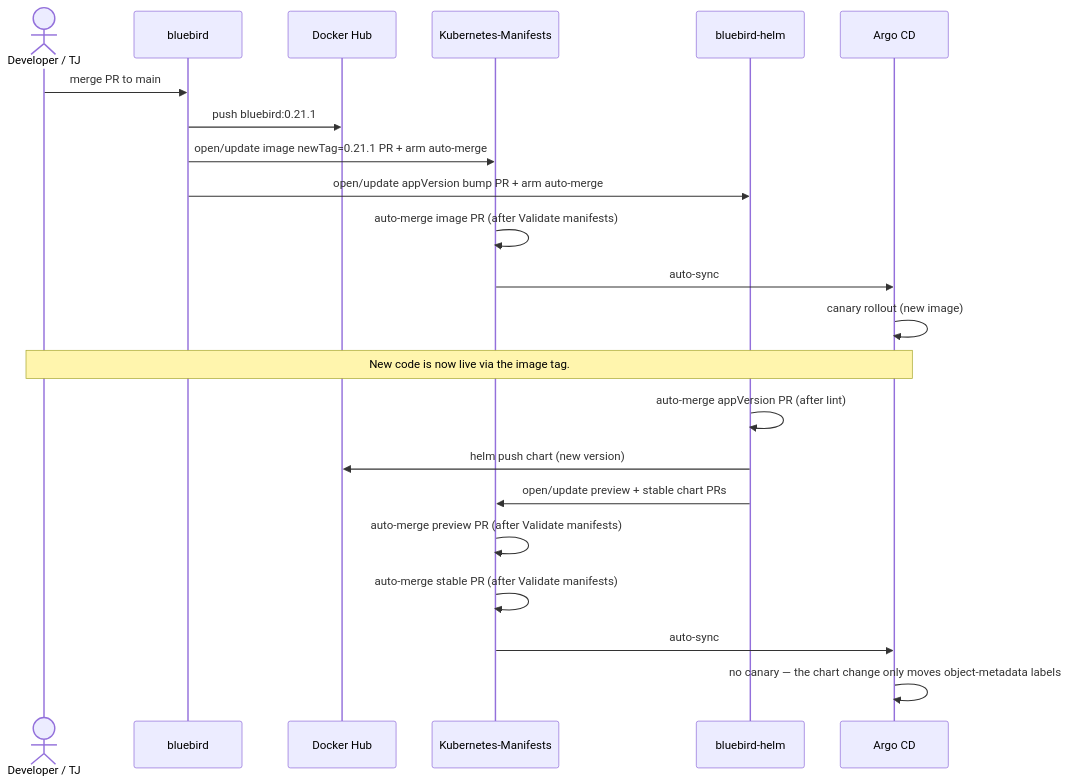
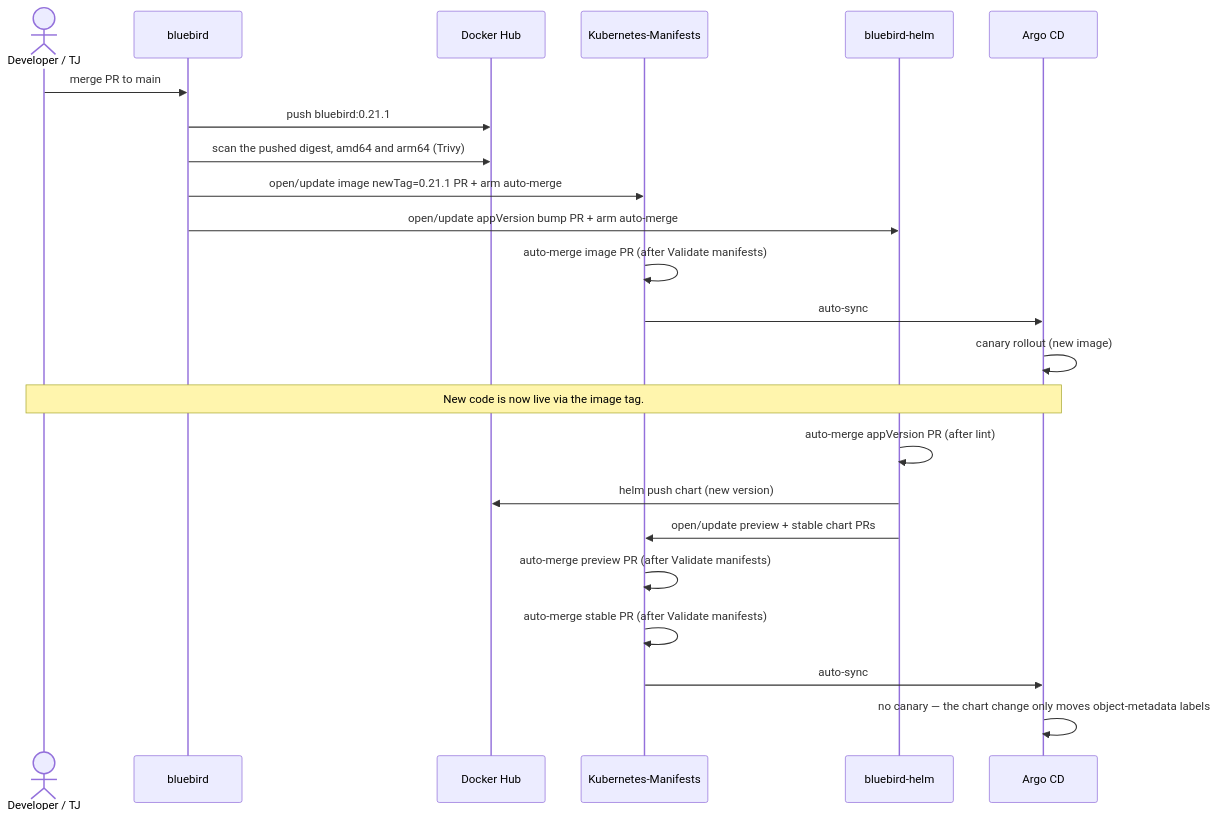
The sixth of 6 diagrams in docs/CICD.md (zimmertr/bluebird), drawn with Mermaid before and after one commit. The commit also changed other lines of this file and 8 other files, not shown here.

First line of the commit message:
ci: scan the pushed release image for both platforms before production moves (#654)

````diff
--- a/docs/CICD.md
+++ b/docs/CICD.md
@@ -1314,25 +1402,26 @@
 ```mermaid
 sequenceDiagram
     actor Dev as Developer / TJ
     participant BB as bluebird
     participant DH as Docker Hub
     participant KM as Kubernetes-Manifests
     participant HELM as bluebird-helm
     participant ARGO as Argo CD
 
     Dev->>BB: merge PR to main
     BB->>DH: push bluebird:0.21.1
+    BB->>DH: scan the pushed digest, amd64 and arm64 (Trivy)
     BB->>KM: open/update image newTag=0.21.1 PR + arm auto-merge
     BB->>HELM: open/update appVersion bump PR + arm auto-merge
     KM->>KM: auto-merge image PR (after Validate manifests)
     KM->>ARGO: auto-sync
     ARGO->>ARGO: canary rollout (new image)
     Note over Dev,ARGO: New code is now live via the image tag.
     HELM->>HELM: auto-merge appVersion PR (after lint)
     HELM->>DH: helm push chart (new version)
     HELM->>KM: open/update preview + stable chart PRs
     KM->>KM: auto-merge preview PR (after Validate manifests)
     KM->>KM: auto-merge stable PR (after Validate manifests)
     KM->>ARGO: auto-sync
     ARGO->>ARGO: no canary — the chart change only moves object-metadata labels
 ```
````
